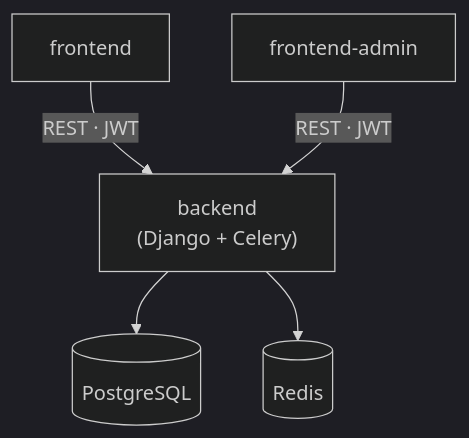
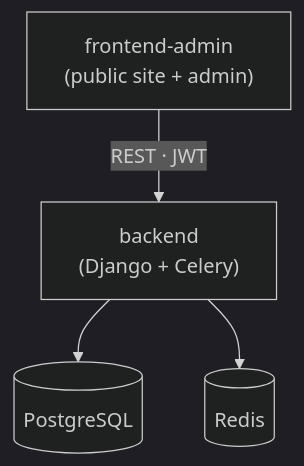
One commit to BSStudio/request-manager changed the diagram in README.md. Above: the diagram before and after it, drawn with Mermaid (dark theme). The commit also changed other lines of this file and 3 other files, not shown here.

Commit message:
Serve frontend-admin's single index.html from Django and stop building frontend

````diff
--- a/README.md
+++ b/README.md
@@ -32,7 +30,6 @@
 ```mermaid
 flowchart TD
-    frontend["frontend"] -->|REST · JWT| backend
-    admin["frontend-admin"] -->|REST · JWT| backend
+    frontend["frontend-admin<br/>(public site + admin)"] -->|REST · JWT| backend
     backend["backend<br/>(Django + Celery)"] --> postgres[("PostgreSQL")]
     backend --> redis[("Redis")]
 ```
````
